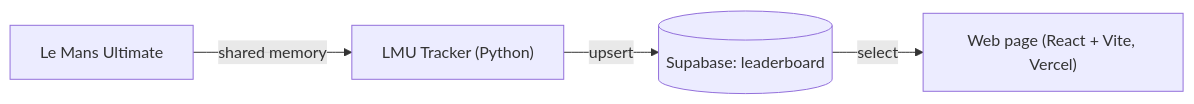
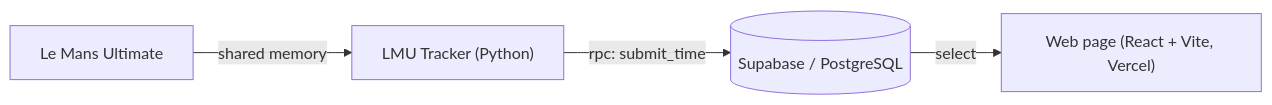
The diagram in README.md (FilipKLGAOlczyk/lmu_tracker_app), drawn with Mermaid before and after one commit. The commit also changed other lines of this file, not shown here.

````diff
--- a/README.md
+++ b/README.md
@@ -11,6 +11,6 @@
 ```mermaid
 flowchart LR
     G["Le Mans Ultimate"] -- shared memory --> T["LMU Tracker (Python)"]
-    T -- upsert --> S[("Supabase: leaderboard")]
+    T -- "rpc: submit_time" --> S[("Supabase / PostgreSQL")]
     S -- select --> W["Web page (React + Vite, Vercel)"]
 ```
````
